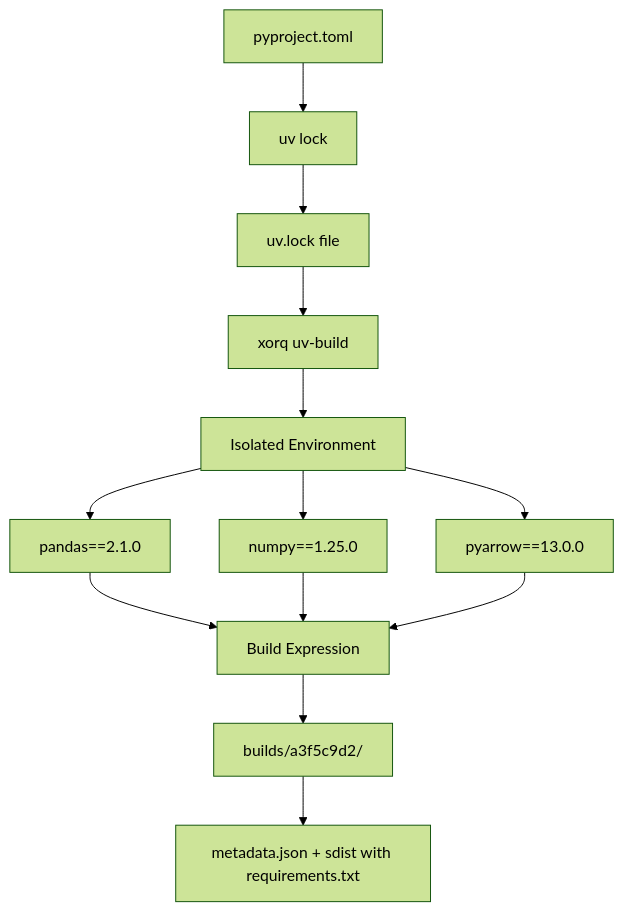
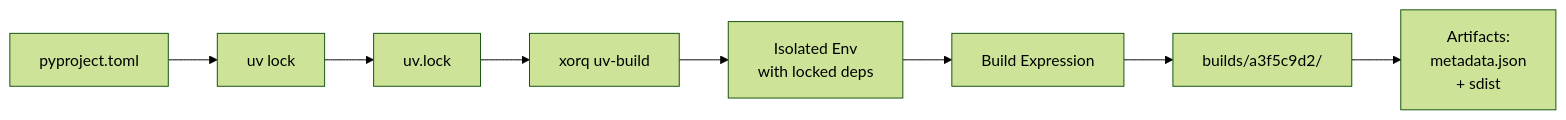
One commit to xorq-labs/xorq changed the second of 2 diagrams in docs/concepts/reproducibility/reproducible_environments_with_uv.qmd. Above: the diagram before and after it, drawn with Mermaid (forest theme). The commit also changed other lines of this file and 20 other files, not shown here.

Commit message:
docs: Refine concept pages, restructure index, improve diagrams, and ensure responsive design

````diff
--- a/docs/concepts/reproducibility/reproducible_environments_with_uv.qmd
+++ b/docs/concepts/reproducibility/reproducible_environments_with_uv.qmd
@@ -80,15 +82,11 @@
 ```{mermaid}
-graph TB
+%%| eval: true
+graph LR
     A[pyproject.toml] --> B[uv lock]
-    B --> C[uv.lock file]
+    B --> C[uv.lock]
     C --> D[xorq uv-build]
-    D --> E[Isolated Environment]
-    E --> F[pandas==2.1.0]
-    E --> G[numpy==1.25.0]
-    E --> H[pyarrow==13.0.0]
-    F --> I[Build Expression]
-    G --> I
-    H --> I
-    I --> J[builds/a3f5c9d2/]
-    J --> K[metadata.json + sdist with requirements.txt]
+    D --> E[Isolated Env<br/>with locked deps]
+    E --> F[Build Expression]
+    F --> G[builds/a3f5c9d2/]
+    G --> H[Artifacts:<br/>metadata.json<br/>+ sdist]
 ```
````
